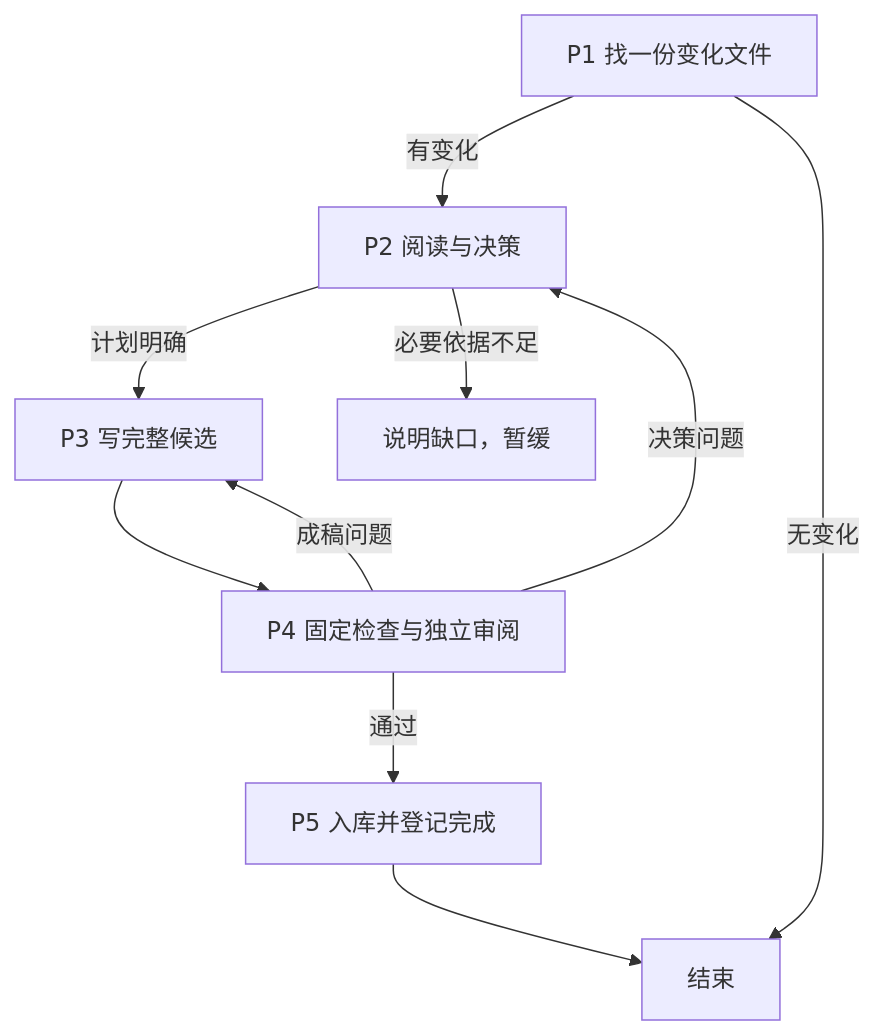
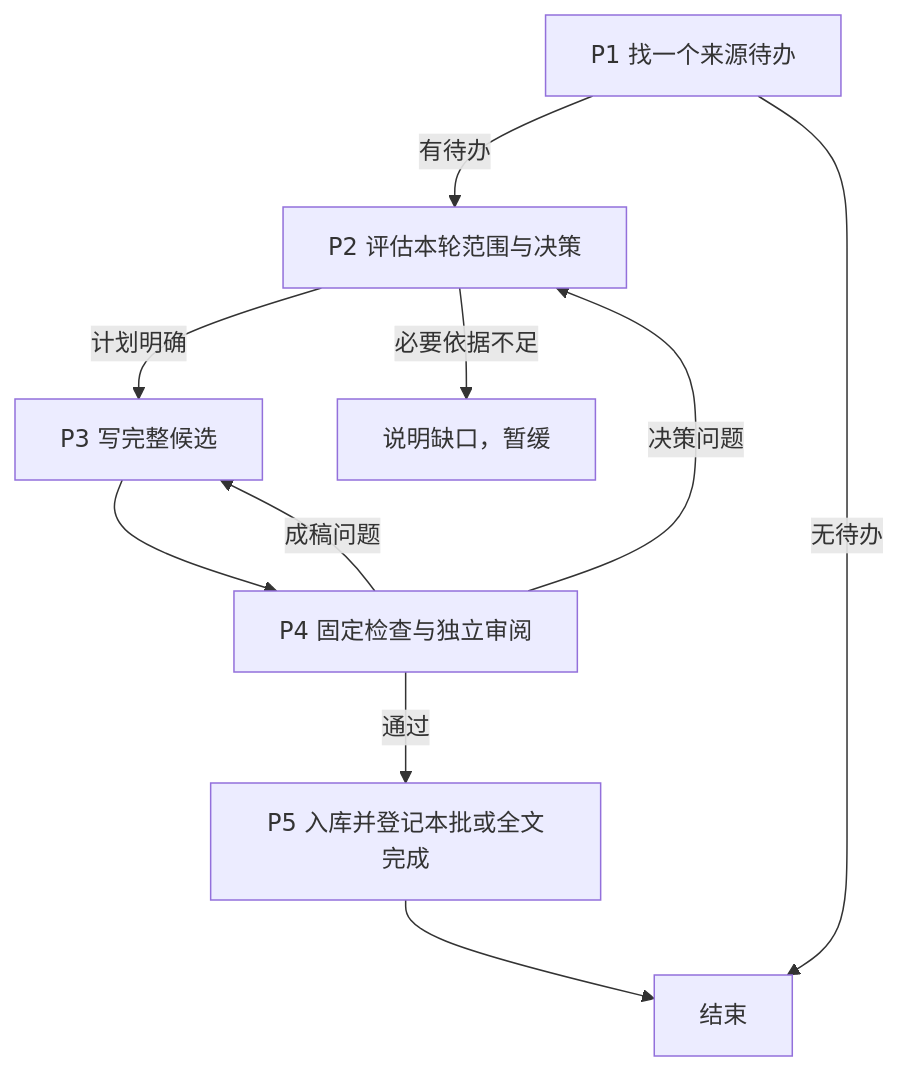
Before and after one commit to Robin-hhc/FactumCore: the first of 7 diagrams in himate/himate-knowledge-wifi-mp/docs-llm-wiki/知识库详细设计.md, drawn with Mermaid. The commit also changed other lines of this file and 30 other files, not shown here.

````diff
--- a/himate/himate-knowledge-wifi-mp/docs-llm-wiki/知识库详细设计.md
+++ b/himate/himate-knowledge-wifi-mp/docs-llm-wiki/知识库详细设计.md
@@ -23,12 +23,12 @@
 ```mermaid
 flowchart TD
-    P1["P1 找一份变化文件"] -->|有变化| P2["P2 阅读与决策"]
-    P1 -->|无变化| E["结束"]
+    P1["P1 找一个来源待办"] -->|有待办| P2["P2 评估本轮范围与决策"]
+    P1 -->|无待办| E["结束"]
     P2 -->|计划明确| P3["P3 写完整候选"]
     P2 -->|必要依据不足| D["说明缺口，暂缓"]
     P3 --> P4["P4 固定检查与独立审阅"]
     P4 -->|决策问题| P2
     P4 -->|成稿问题| P3
-    P4 -->|通过| P5["P5 入库并登记完成"]
+    P4 -->|通过| P5["P5 入库并登记本批或全文完成"]
     P5 --> E
 ```
````
